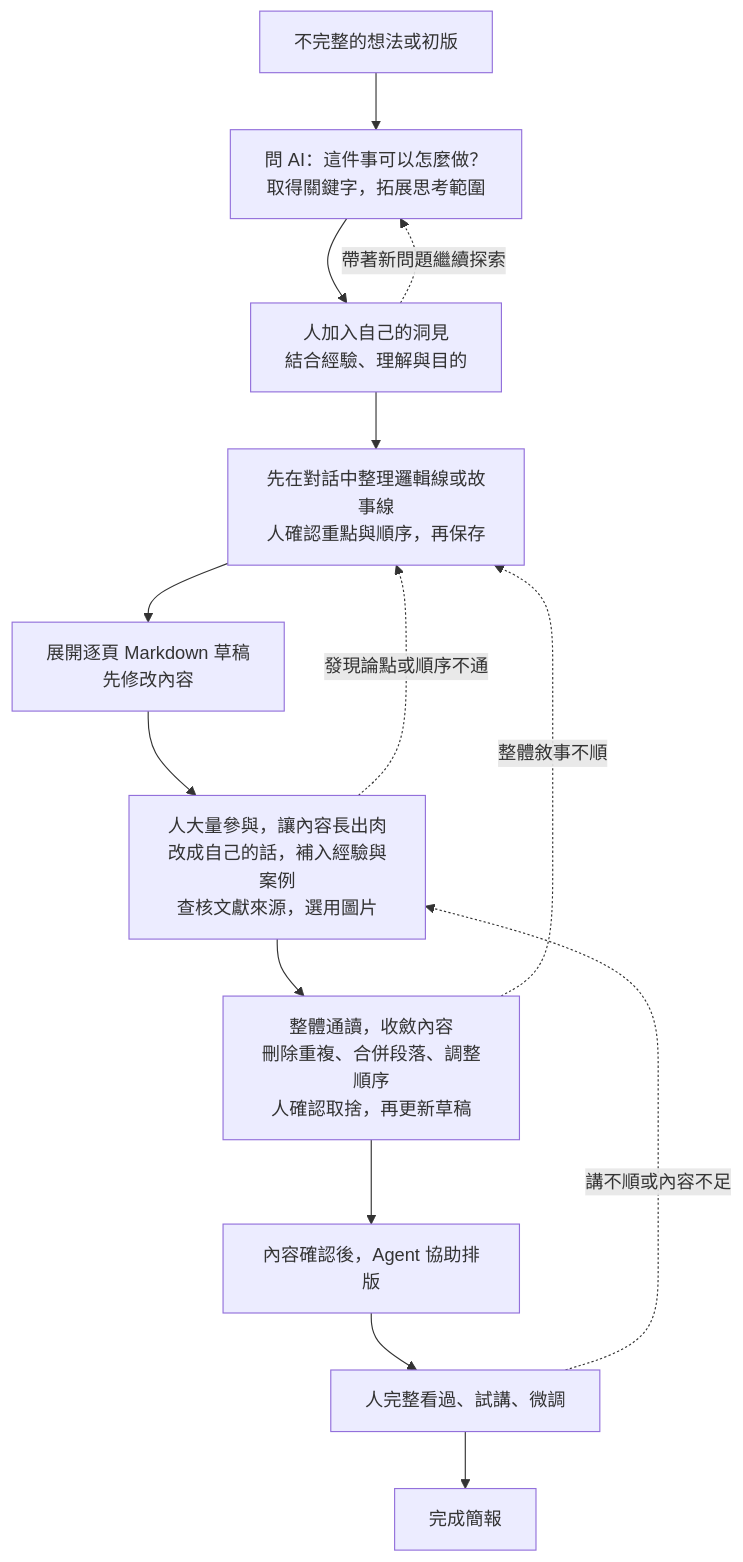
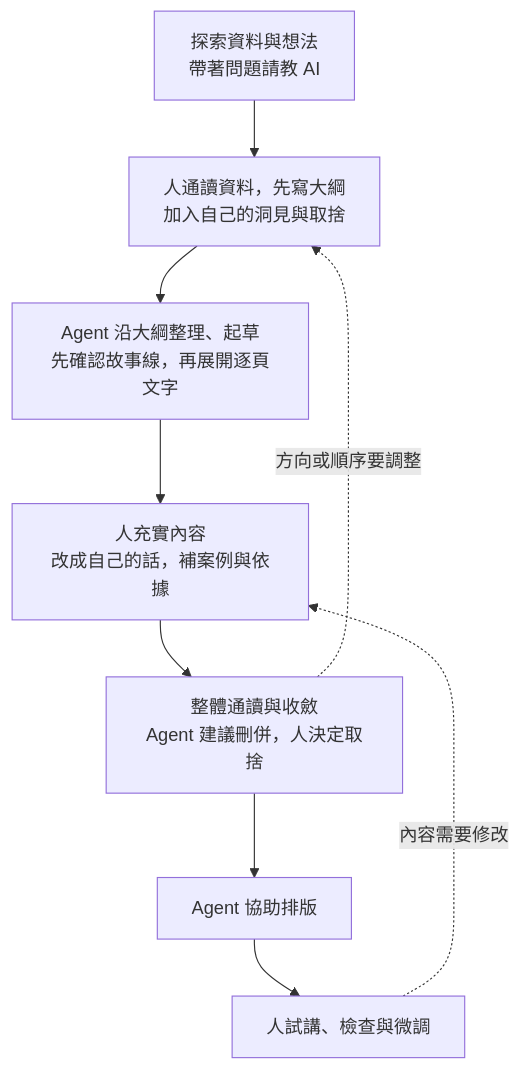
Before and after one commit to jimmy60504/agentic-knowledge-work: the diagram in drafts/02-week2-presentation-lesson-plan.md, drawn with Mermaid. The commit also changed other lines of this file and 2 other files, not shown here.

Commit message:
簡化流程圖並先由人通讀列綱以保留思考與主導方向

````diff
--- a/drafts/02-week2-presentation-lesson-plan.md
+++ b/drafts/02-week2-presentation-lesson-plan.md
@@ -59,17 +59,12 @@
 ```mermaid
 flowchart TD
-    A["不完整的想法或初版"] --> B["問 AI：這件事可以怎麼做？<br/>取得關鍵字，拓展思考範圍"]
-    B --> C["人加入自己的洞見<br/>結合經驗、理解與目的"]
-    C --> D["先在對話中整理邏輯線或故事線<br/>人確認重點與順序，再保存"]
-    D --> E["展開逐頁 Markdown 草稿<br/>先修改內容"]
-    E --> F["人大量參與，讓內容長出肉<br/>改成自己的話，補入經驗與案例<br/>查核文獻來源，選用圖片"]
-    F --> J["整體通讀，收斂內容<br/>刪除重複、合併段落、調整順序<br/>人確認取捨，再更新草稿"]
-    J --> G["內容確認後，Agent 協助排版"]
-    G --> H["人完整看過、試講、微調"]
-    H --> I["完成簡報"]
+    A["探索資料與想法<br/>帶著問題請教 AI"] --> B["人通讀資料，先寫大綱<br/>加入自己的洞見與取捨"]
+    B --> C["Agent 沿大綱整理、起草<br/>先確認故事線，再展開逐頁文字"]
+    C --> D["人充實內容<br/>改成自己的話，補案例與依據"]
+    D --> E["整體通讀與收斂<br/>Agent 建議刪併，人決定取捨"]
+    E --> F["Agent 協助排版"]
+    F --> G["人試講、檢查與微調"]
 
-    C -. 帶著新問題繼續探索 .-> B
-    F -. 發現論點或順序不通 .-> D
-    J -. 整體敘事不順 .-> D
-    H -. 講不順或內容不足 .-> F
+    E -. 方向或順序要調整 .-> B
+    G -. 內容需要修改 .-> D
 ```
````
